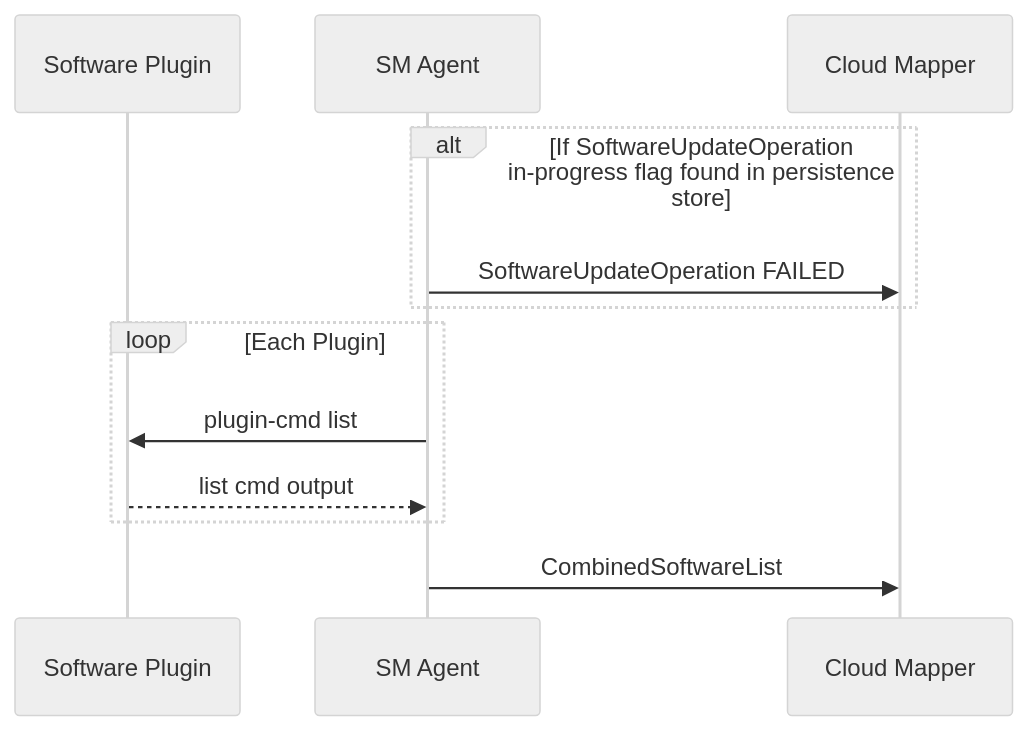
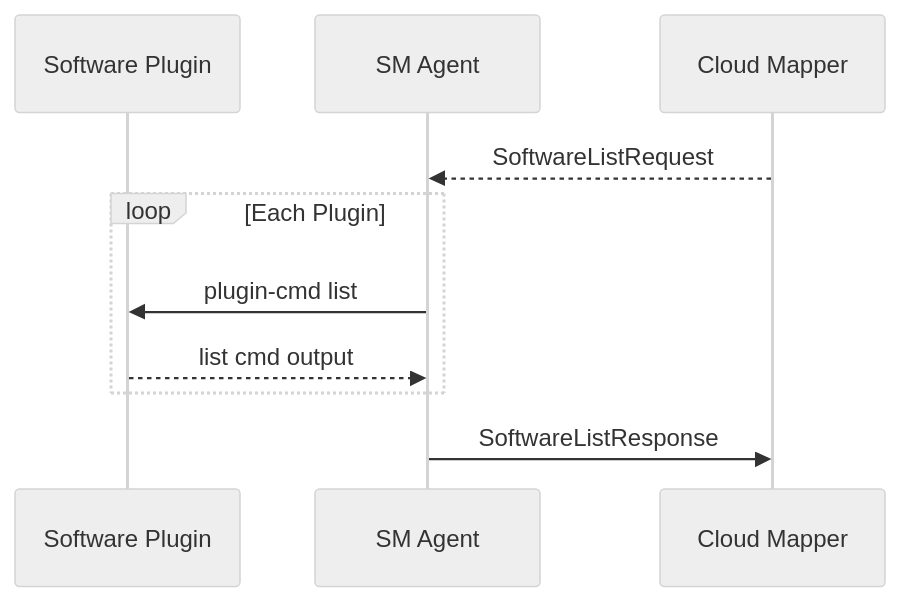
One commit to thin-edge/thin-edge.io-specs changed the second of 3 diagrams in src/software-management/sm-agent.md. Above: the diagram before and after it, drawn with Mermaid (neutral theme). The commit also changed other lines of this file, not shown here.

Commit message:
Updated MQTT topic scheme and software update request handling

````diff
--- a/src/software-management/sm-agent.md
+++ b/src/software-management/sm-agent.md
@@ -5,14 +25,12 @@
 ```mermaid
 sequenceDiagram
     participant Software Plugin
     participant SM Agent
     participant Cloud Mapper
-    alt If SoftwareUpdateOperation in-progress flag found in persistence store
-        SM Agent->>Cloud Mapper: SoftwareUpdateOperation FAILED
-    end
+    Cloud Mapper-->>SM Agent: SoftwareListRequest
     loop Each Plugin
         SM Agent->>Software Plugin: plugin-cmd list
         Software Plugin-->>SM Agent: list cmd output
     end
-    SM Agent->>Cloud Mapper: CombinedSoftwareList
+    SM Agent->>Cloud Mapper: SoftwareListResponse
 ```
````
